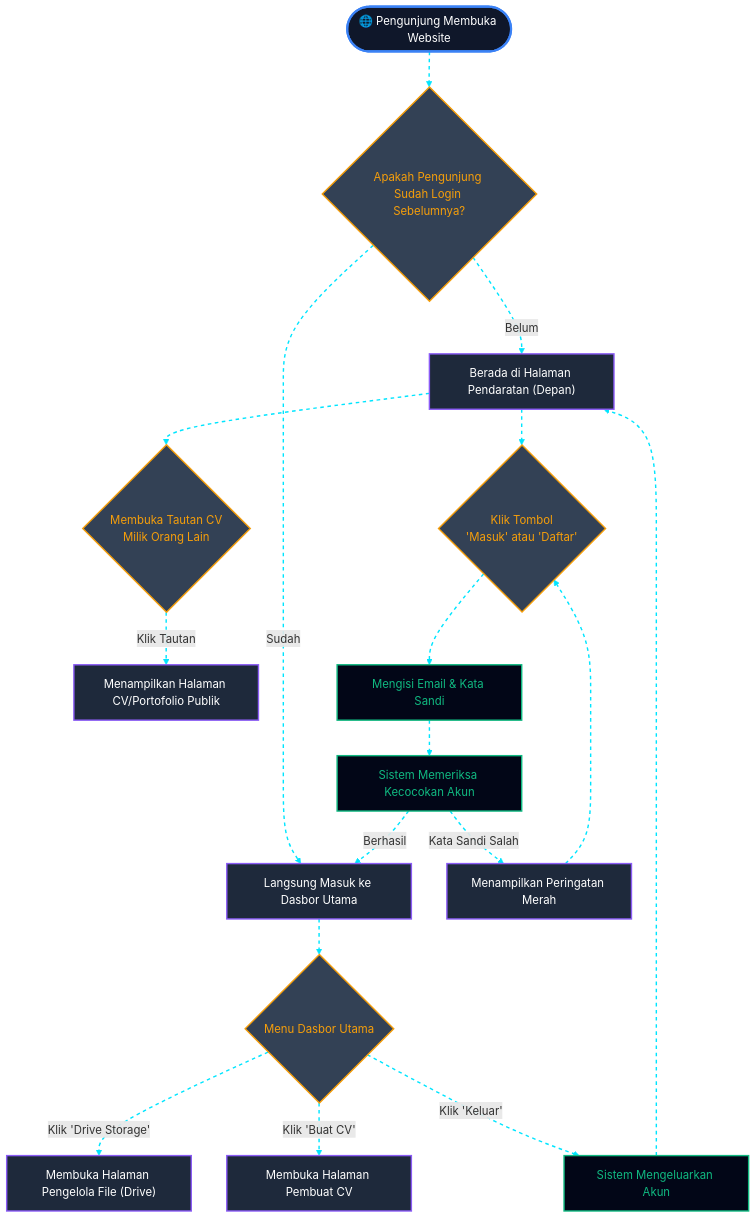
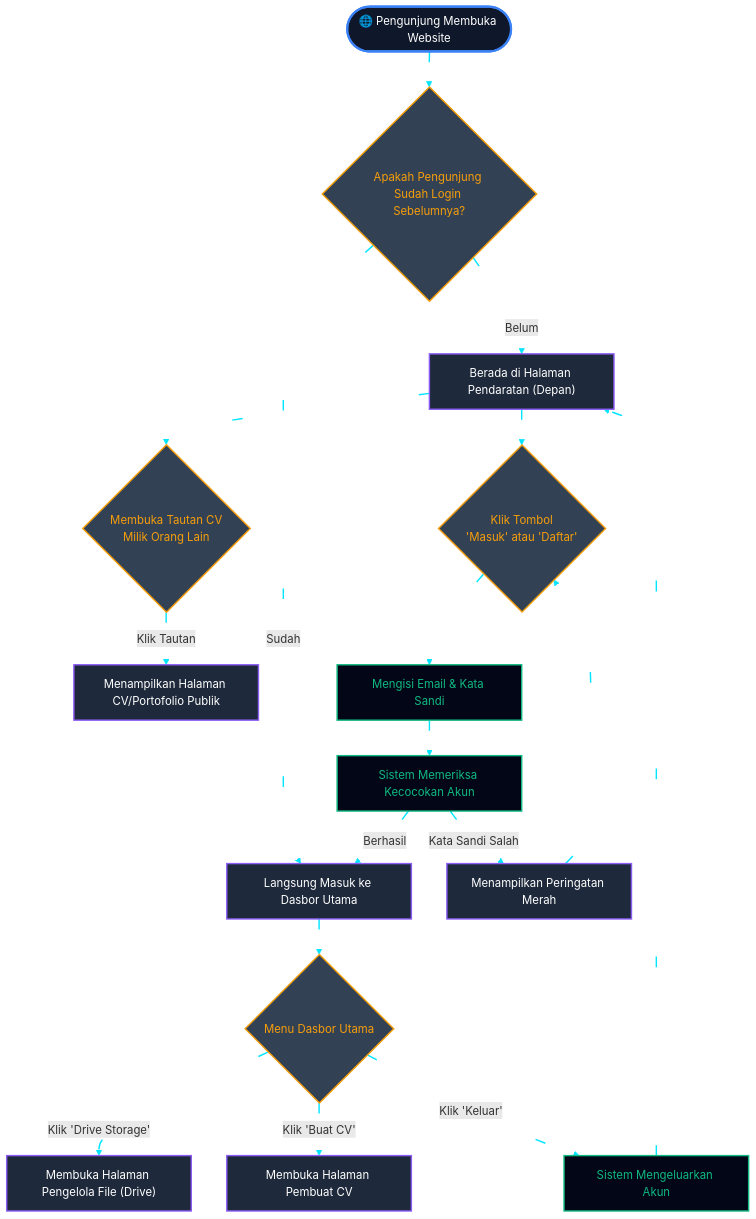
Before and after one commit to alfaragatak87/alfatih-digital-workspace: the first of 3 diagrams in README.md, drawn with Mermaid. The commit also changed other lines of this file, not shown here.

````diff
--- a/README.md
+++ b/README.md
@@ -63,36 +63,36 @@
 ```mermaid
 flowchart TD
     %% Gaya Desain Node Gelap & Bercahaya
     classDef startEnd fill:#0f172a,stroke:#3b82f6,stroke-width:3px,color:#fff,rx:10,ry:10;
     classDef page fill:#1e293b,stroke:#8b5cf6,stroke-width:2px,color:#fff;
     classDef btn fill:#334155,stroke:#f59e0b,stroke-width:2px,color:#f59e0b,shape:diamond;
     classDef process fill:#020617,stroke:#10b981,stroke-width:2px,color:#10b981;
 
     Mulai(["🌐 Pengunjung Membuka Website"]):::startEnd --> CekStatus{"Apakah Pengunjung <br/>Sudah Login Sebelumnya?"}:::btn
     
     CekStatus -- "Belum" --> HalamanDepan["Berada di Halaman Pendaratan (Depan)"]:::page
     CekStatus -- "Sudah" --> Dasbor["Langsung Masuk ke Dasbor Utama"]:::page
     
     %% Alur Publik
     HalamanDepan --> TombolLihatCV{"Membuka Tautan CV <br/>Milik Orang Lain"}:::btn
     TombolLihatCV -- "Klik Tautan" --> LihatCV["Menampilkan Halaman CV/Portofolio Publik"]:::page
     
     %% Alur Login / Daftar
     HalamanDepan --> TombolMasuk{"Klik Tombol <br/>'Masuk' atau 'Daftar'"}:::btn
     TombolMasuk --> IsiForm["Mengisi Email & Kata Sandi"]:::process
     IsiForm --> CekData["Sistem Memeriksa Kecocokan Akun"]:::process
     
     CekData -- "Kata Sandi Salah" --> PesanGagal["Menampilkan Peringatan Merah"]:::page
     PesanGagal --> TombolMasuk
     
     CekData -- "Berhasil" --> Dasbor
     
     %% Alur Interaksi Dasbor
     Dasbor --> PilihanDasbor{"Menu Dasbor Utama"}:::btn
     PilihanDasbor -- "Klik 'Drive Storage'" --> KeDrive["Membuka Halaman Pengelola File (Drive)"]:::page
     PilihanDasbor -- "Klik 'Buat CV'" --> KeCV["Membuka Halaman Pembuat CV"]:::page
     PilihanDasbor -- "Klik 'Keluar'" --> Logout["Sistem Mengeluarkan Akun"]:::process
     Logout --> HalamanDepan
 
-    linkStyle default stroke:#00e5ff,stroke-width:2px,stroke-dasharray: 5 5,animation: dash 1s linear infinite;
+    linkStyle default stroke:#00e5ff,stroke-width:2px,stroke-dasharray: 15 250,animation: dash 2s linear infinite;
 ```
````
